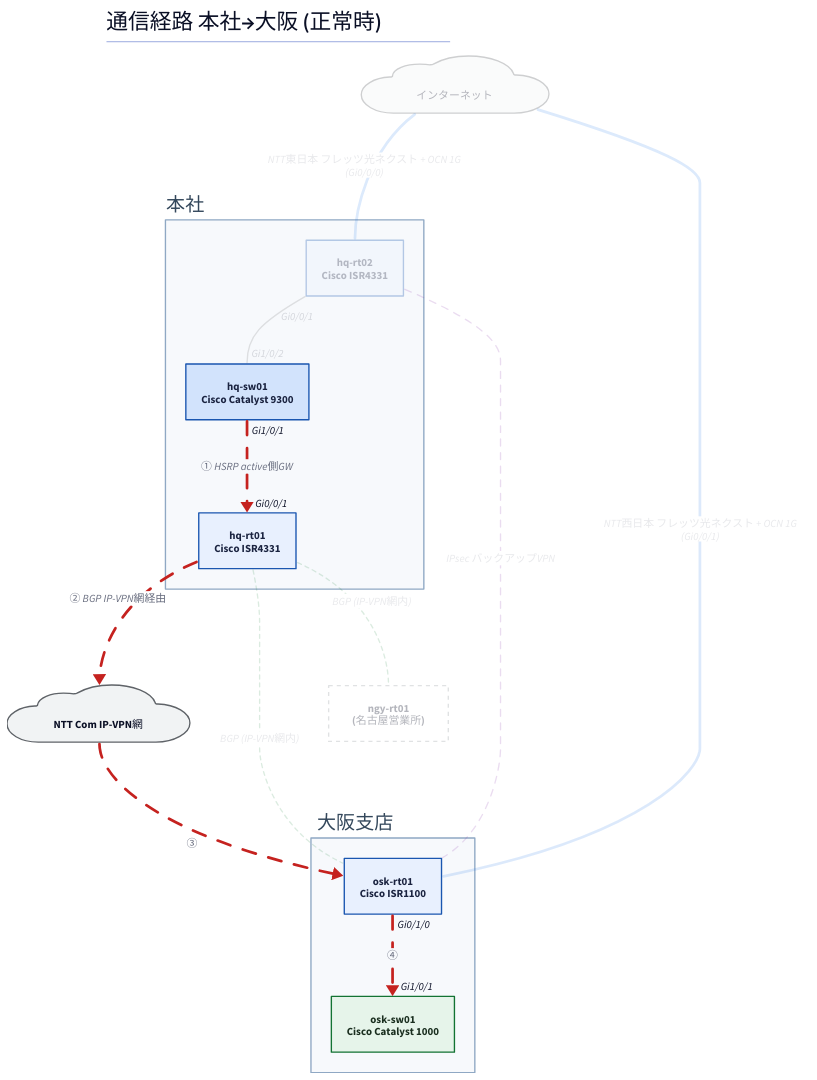
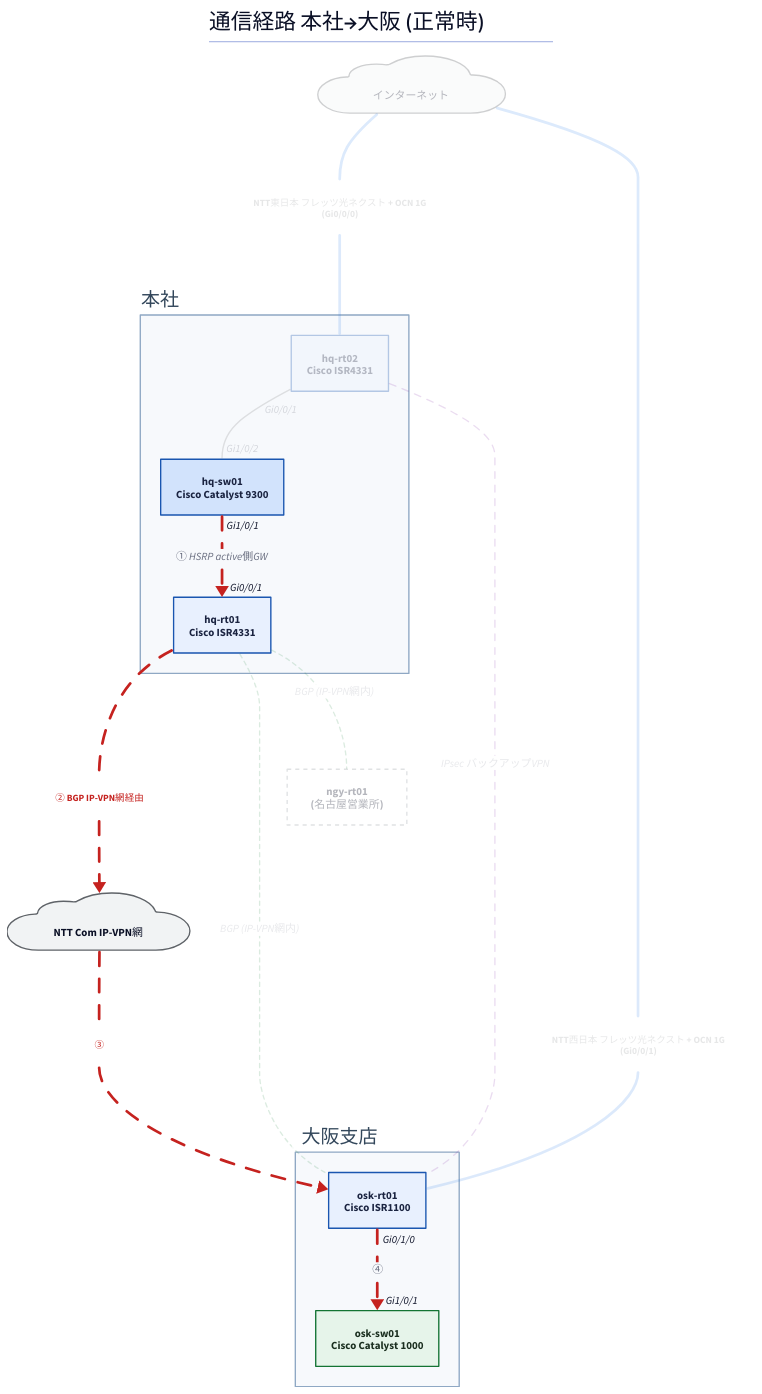
The diagram in examples/sample-corp/generated/path-normal.d2 (thinas1115/nwdsl), drawn with D2 before and after one commit. The commit also changed 25 other files, not shown here.

```diff
--- a/examples/sample-corp/generated/path-normal.d2
+++ b/examples/sample-corp/generated/path-normal.d2
@@ -1,50 +1,59 @@
 title: |md
   # 通信経路 本社→大阪 (正常時)
 | {near: top-center}
 direction: down
 
 classes: {
   role-router: {style.fill: "#e8f0fe"; style.stroke: "#1a56b0"; style.font-color: "#1a2340"}
   role-l3switch: {style.fill: "#d2e3fc"; style.stroke: "#1a56b0"; style.font-color: "#1a2340"}
   role-l2switch: {style.fill: "#e6f4ea"; style.stroke: "#137333"; style.font-color: "#1a2e1f"}
   role-firewall: {style.fill: "#fce8e6"; style.stroke: "#c5221f"; style.font-color: "#3c1a19"}
   role-other: {style.fill: "#f1f3f4"; style.stroke: "#5f6368"; style.font-color: "#202124"}
   node-cloud: {shape: cloud; style.fill: "#f1f3f4"; style.stroke: "#5f6368"}
   node-site: {style.fill: "#fff8e1"; style.stroke: "#b58105"; style.font-color: "#4a3a08"}
   node-external: {style.fill: "#ffffff"; style.stroke: "#9aa0a6"; style.stroke-dash: 3}
   group-site: {style.fill: "#f7f9fc"; style.stroke: "#8fa8c4"; style.font-color: "#33475b"}
+  edge-label: {style.fill: "transparent"; style.stroke: "transparent"; style.font-size: 14; style.font-color: "#5f6368"; style.italic: true}
   edge-lan-cable: {style.stroke: "#4a4a4a"; style.stroke-width: 2}
   edge-wan-circuit: {style.stroke: "#1a73e8"; style.stroke-width: 4}
   edge-tunnel: {style.stroke: "#7b1fa2"; style.stroke-width: 2; style.stroke-dash: 5}
   edge-logical: {style.stroke: "#188038"; style.stroke-width: 2; style.stroke-dash: 3}
 }
 
 s_hq: "本社" {
   class: group-site
   label.near: outside-top-left
   n_hq_rt01: "hq-rt01\nCisco ISR4331" {class: role-router}
   n_hq_sw01: "hq-sw01\nCisco Catalyst 9300" {class: role-l3switch}
   n_hq_rt02: "hq-rt02\nCisco ISR4331" {class: role-router; style.opacity: 0.3}
 }
 
 s_osk: "大阪支店" {
   class: group-site
   label.near: outside-top-left
   n_osk_rt01: "osk-rt01\nCisco ISR1100" {class: role-router}
   n_osk_sw01: "osk-sw01\nCisco Catalyst 1000" {class: role-l2switch}
 }
 
 n_ipvpn: "　NTT Com IP-VPN網　" {class: node-cloud}
 n_internet: "　インターネット　" {class: node-cloud; style.opacity: 0.3}
 n_ngy_rt01: "ngy-rt01\n(名古屋営業所)" {class: node-external; style.opacity: 0.3}
 
 s_hq.n_hq_sw01 -> s_hq.n_hq_rt01: "① HSRP active側GW" {class: edge-lan-cable; source-arrowhead.label: "Gi1/0/1"; target-arrowhead.label: "Gi0/0/1"; style.stroke: "#c5221f"; style.stroke-width: 4; style.animated: true}
 s_hq.n_hq_rt02 -- s_hq.n_hq_sw01 {class: edge-lan-cable; source-arrowhead.label: "Gi0/0/1"; target-arrowhead.label: "Gi1/0/2"; style.opacity: 0.15}
 s_osk.n_osk_rt01 -> s_osk.n_osk_sw01: "④" {class: edge-lan-cable; source-arrowhead.label: "Gi0/1/0"; target-arrowhead.label: "Gi1/0/1"; style.stroke: "#c5221f"; style.stroke-width: 4; style.animated: true}
-s_hq.n_hq_rt01 -> n_ipvpn: "② BGP IP-VPN網経由" {class: edge-wan-circuit; style.stroke: "#c5221f"; style.stroke-width: 4; style.animated: true}
-n_ipvpn -> s_osk.n_osk_rt01: "③" {class: edge-wan-circuit; style.stroke: "#c5221f"; style.stroke-width: 4; style.animated: true}
-n_internet -- s_hq.n_hq_rt02: "NTT東日本 フレッツ光ネクスト + OCN 1G\n(Gi0/0/0)" {class: edge-wan-circuit; style.opacity: 0.15}
-n_internet -- s_osk.n_osk_rt01: "NTT西日本 フレッツ光ネクスト + OCN 1G\n(Gi0/0/1)" {class: edge-wan-circuit; style.opacity: 0.15}
+lbl_3: "② BGP IP-VPN網経由" {class: edge-label; style.font-color: "#c5221f"; style.bold: true}
+s_hq.n_hq_rt01 -- lbl_3 {class: edge-wan-circuit; style.stroke: "#c5221f"; style.stroke-width: 4; style.animated: true}
+lbl_3 -> n_ipvpn {class: edge-wan-circuit; style.stroke: "#c5221f"; style.stroke-width: 4; style.animated: true}
+lbl_4: "③" {class: edge-label; style.font-color: "#c5221f"; style.bold: true}
+n_ipvpn -- lbl_4 {class: edge-wan-circuit; style.stroke: "#c5221f"; style.stroke-width: 4; style.animated: true}
+lbl_4 -> s_osk.n_osk_rt01 {class: edge-wan-circuit; style.stroke: "#c5221f"; style.stroke-width: 4; style.animated: true}
+lbl_5: "NTT東日本 フレッツ光ネクスト + OCN 1G\n(Gi0/0/0)" {class: edge-label; style.opacity: 0.15}
+n_internet -- lbl_5 {class: edge-wan-circuit; style.opacity: 0.15}
+lbl_5 -- s_hq.n_hq_rt02 {class: edge-wan-circuit; style.opacity: 0.15}
+lbl_6: "NTT西日本 フレッツ光ネクスト + OCN 1G\n(Gi0/0/1)" {class: edge-label; style.opacity: 0.15}
+n_internet -- lbl_6 {class: edge-wan-circuit; style.opacity: 0.15}
+lbl_6 -- s_osk.n_osk_rt01 {class: edge-wan-circuit; style.opacity: 0.15}
 s_hq.n_hq_rt02 -- s_osk.n_osk_rt01: "IPsec バックアップVPN" {class: edge-tunnel; style.opacity: 0.15}
 s_hq.n_hq_rt01 -- s_osk.n_osk_rt01: "BGP (IP-VPN網内)" {class: edge-logical; style.opacity: 0.15}
 s_hq.n_hq_rt01 -- n_ngy_rt01: "BGP (IP-VPN網内)" {class: edge-logical; style.opacity: 0.15}
```
